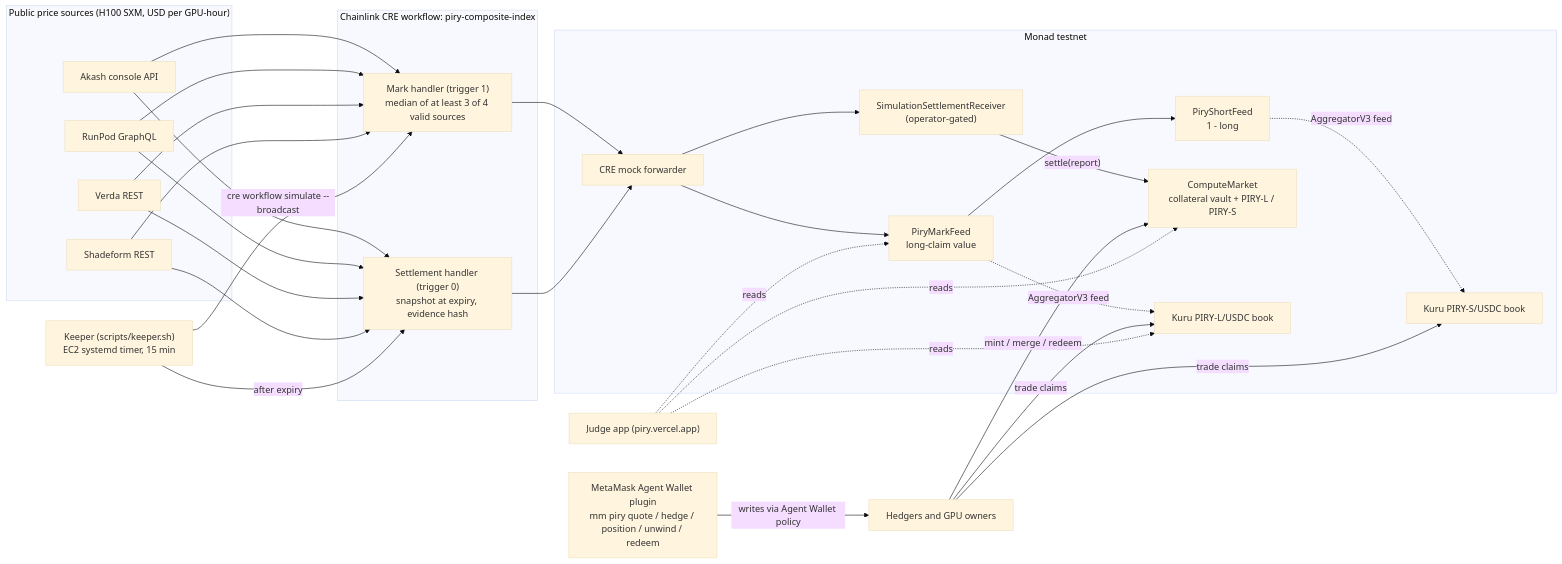
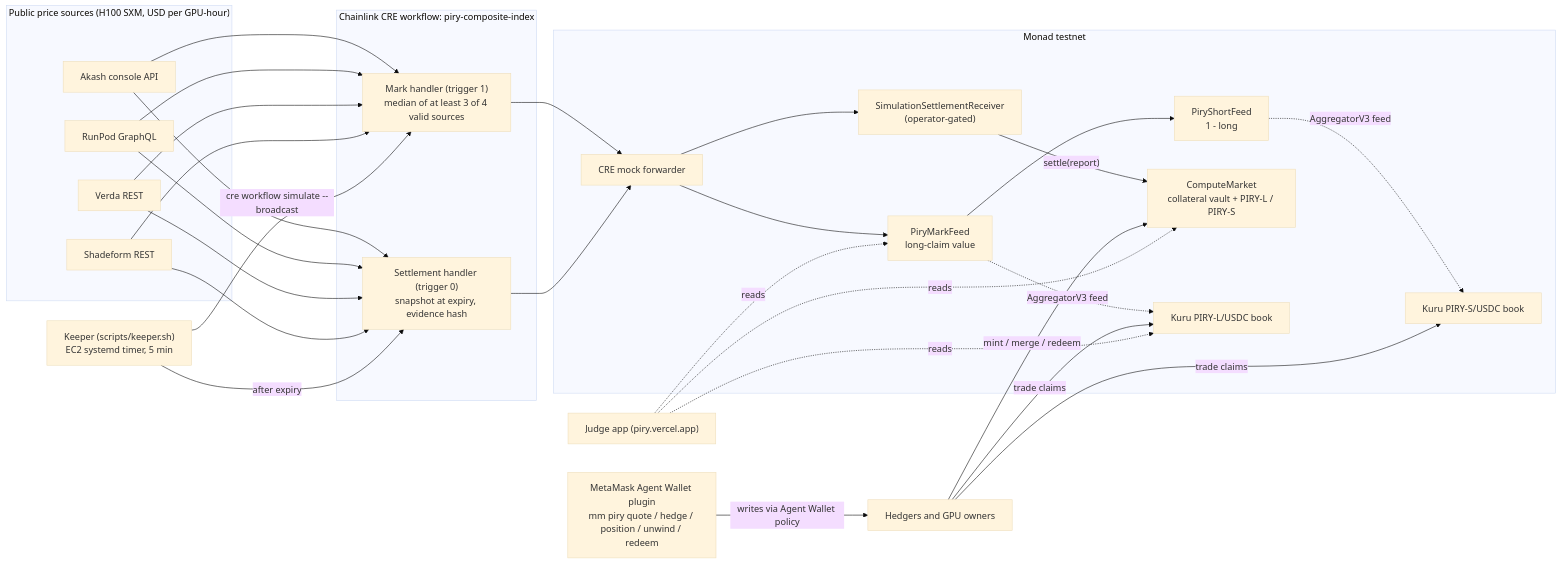
One commit to Cassxbt/piry changed the diagram in README.md. Above: the diagram before and after it, drawn with Mermaid (base theme). The commit also changed other lines of this file, not shown here.

````diff
--- a/README.md
+++ b/README.md
@@ -62,46 +62,46 @@
 ```mermaid
 flowchart LR
     subgraph SRC["Public price sources (H100 SXM, USD per GPU-hour)"]
         AK[Akash console API]
         RP[RunPod GraphQL]
         VD[Verda REST]
         SF[Shadeform REST]
     end
 
     subgraph CRE["Chainlink CRE workflow: piry-composite-index"]
         MK["Mark handler (trigger 1)<br/>median of at least 3 of 4 valid sources"]
         ST["Settlement handler (trigger 0)<br/>snapshot at expiry, evidence hash"]
     end
 
-    KP["Keeper (scripts/keeper.sh)<br/>EC2 systemd timer, 15 min"]
+    KP["Keeper (scripts/keeper.sh)<br/>EC2 systemd timer, 5 min"]
 
     subgraph MON["Monad testnet"]
         FWD["CRE mock forwarder"]
         RCV["SimulationSettlementReceiver<br/>(operator-gated)"]
         MF["PiryMarkFeed<br/>long-claim value"]
         SFD["PiryShortFeed<br/>1 - long"]
         CM["ComputeMarket<br/>collateral vault + PIRY-L / PIRY-S"]
         KL["Kuru PIRY-L/USDC book"]
         KS["Kuru PIRY-S/USDC book"]
     end
 
     MM["MetaMask Agent Wallet plugin<br/>mm piry quote / hedge / position / unwind / redeem"]
     APP["Judge app (piry.vercel.app)"]
 
     AK & RP & VD & SF --> MK
     AK & RP & VD & SF --> ST
     KP -- "cre workflow simulate --broadcast" --> MK
     KP -- "after expiry" --> ST
     MK --> FWD --> MF
     ST --> FWD --> RCV -- "settle(report)" --> CM
     MF --> SFD
     MF -. "AggregatorV3 feed" .-> KL
     SFD -. "AggregatorV3 feed" .-> KS
     TR["Hedgers and GPU owners"] -- "mint / merge / redeem" --> CM
     TR -- "trade claims" --> KL
     TR -- "trade claims" --> KS
     MM -- "writes via Agent Wallet policy" --> TR
     APP -. "reads" .-> CM
     APP -. "reads" .-> KL
     APP -. "reads" .-> MF
 ```
````
